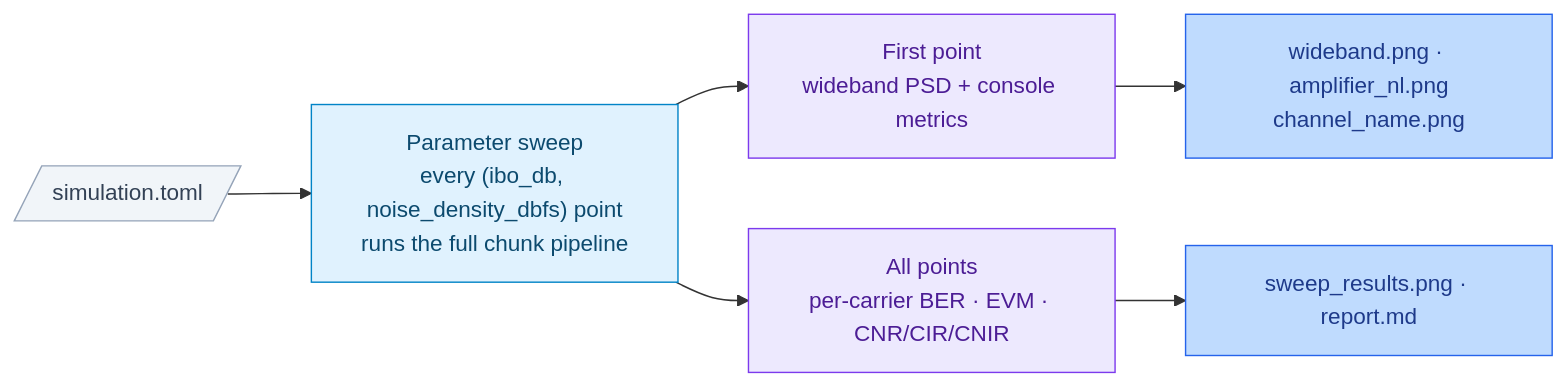
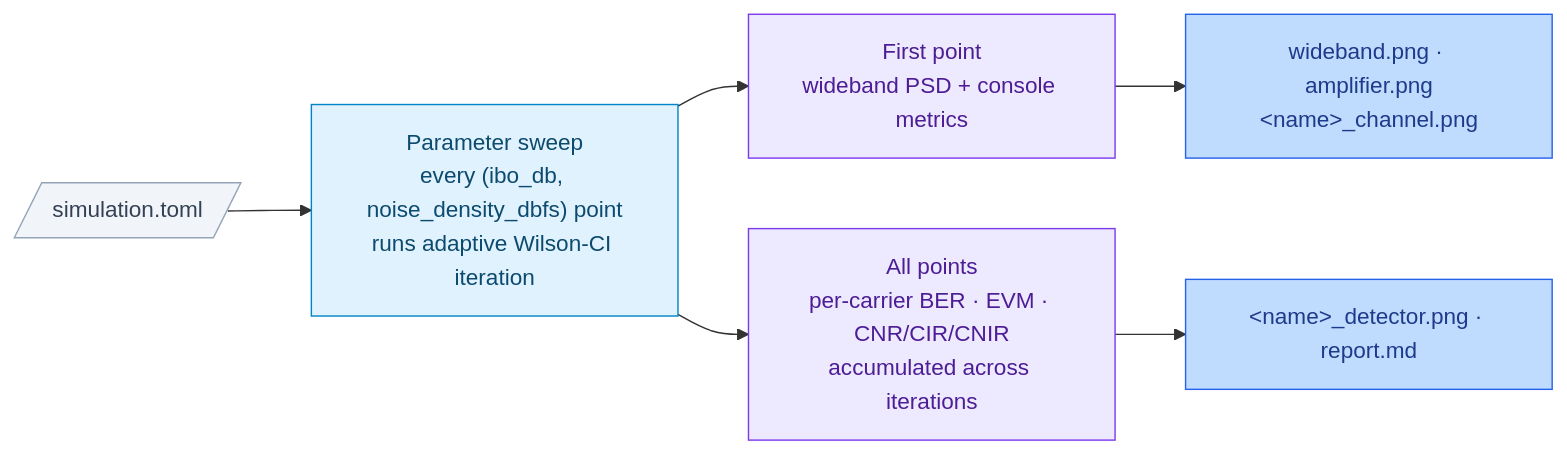
One commit to bandospook/signal-processing-simulation changed the diagram in docs/simulation_overview.md. Above: the diagram before and after it, drawn with Mermaid. The commit also changed other lines of this file and 1 other file, not shown here.

First line of the commit message:
docs: update GUIDE and simulation_overview for adaptive iteration

````diff
--- a/docs/simulation_overview.md
+++ b/docs/simulation_overview.md
@@ -11,25 +11,25 @@
 ```mermaid
 flowchart LR
     CFG[/"simulation.toml"/]
-    SWEEP["Parameter sweep<br/>every (ibo_db, noise_density_dbfs) point<br/>runs the full chunk pipeline"]
+    SWEEP["Parameter sweep<br/>every (ibo_db, noise_density_dbfs) point<br/>runs adaptive Wilson-CI iteration"]
     FIRST["First point<br/>wideband PSD + console metrics"]
-    GRID["All points<br/>per-carrier BER · EVM · CNR/CIR/CNIR"]
-    FOUTS["wideband.png · amplifier_nl.png<br/>channel_name.png"]
-    GOUTS["sweep_results.png · report.md"]
+    GRID["All points<br/>per-carrier BER · EVM · CNR/CIR/CNIR<br/>accumulated across iterations"]
+    FOUTS["wideband.png · amplifier.png<br/>&lt;name&gt;_channel.png"]
+    GOUTS["&lt;name&gt;_detector.png · report.md"]
 
     CFG --> SWEEP
     SWEEP --> FIRST --> FOUTS
     SWEEP --> GRID --> GOUTS
 
     classDef cfg    fill:#f1f5f9,stroke:#94a3b8,color:#334155
     classDef sweep  fill:#e0f2fe,stroke:#0284c7,color:#0c4a6e
     classDef stage  fill:#ede9fe,stroke:#7c3aed,color:#4c1d95
     classDef outs   fill:#bfdbfe,stroke:#2563eb,color:#1e3a8a
 
     class CFG cfg
     class SWEEP sweep
     class FIRST stage
     class GRID stage
     class FOUTS outs
     class GOUTS outs
 ```
````
